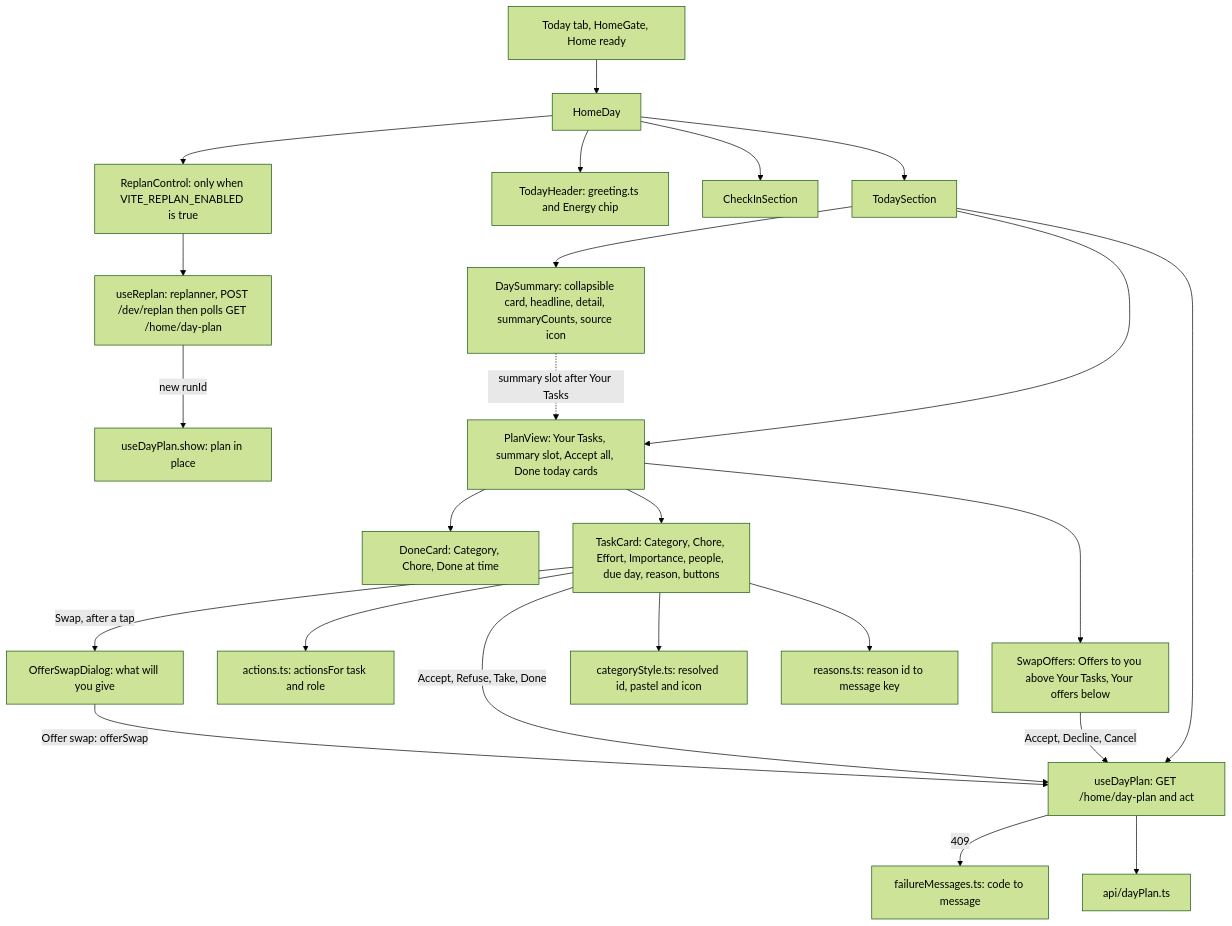
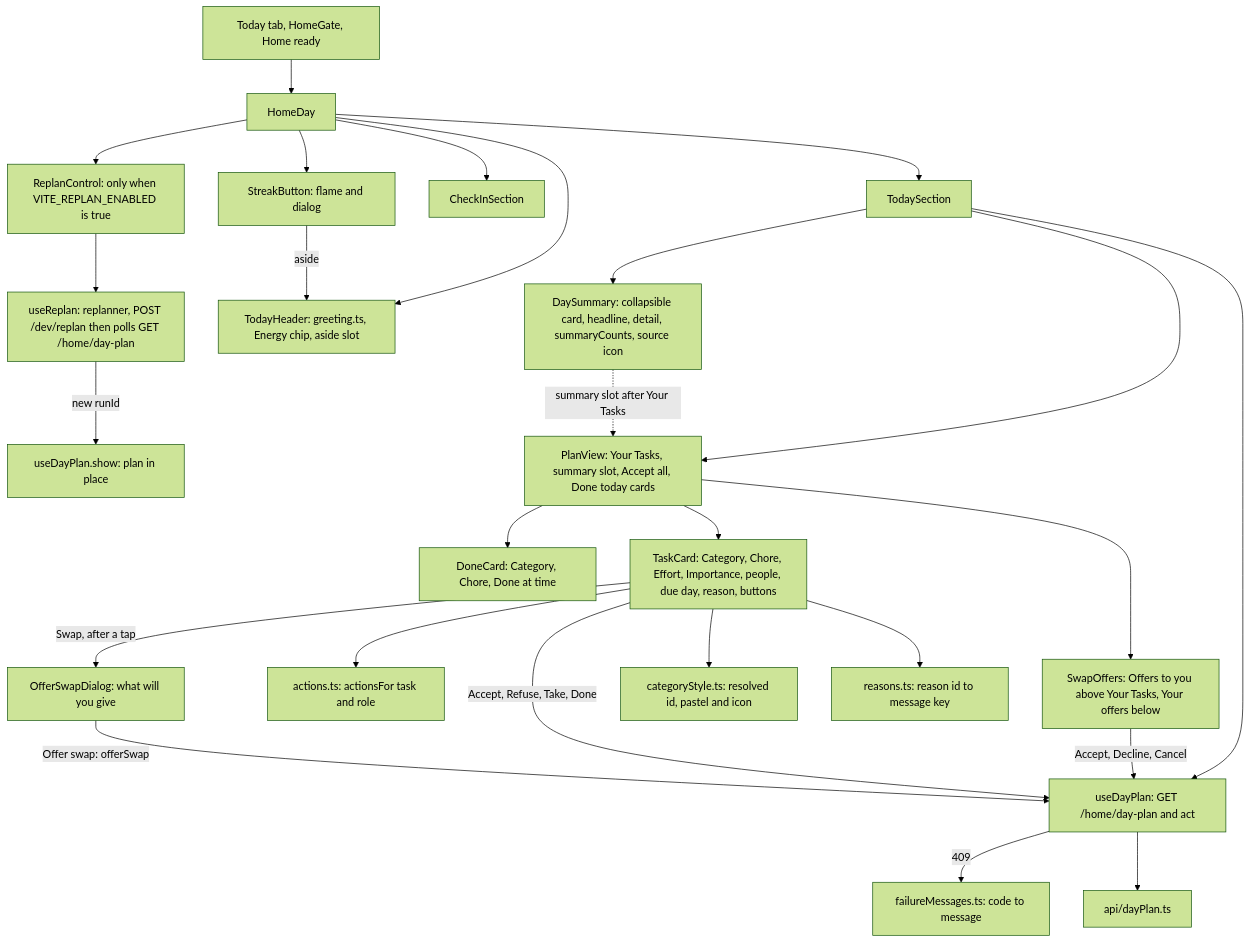
The ninth of 11 diagrams in docs/architecture/web.md (AbnerWillclefy/Homeowner), drawn with Mermaid (forest theme) before and after one commit. The commit also changed other lines of this file and 1 other file, not shown here.

Commit message:
docs(streak): describe the header flame, its dialog and the aside slot

````diff
--- a/docs/architecture/web.md
+++ b/docs/architecture/web.md
@@ -457,26 +457,28 @@
 ```mermaid
 flowchart TD
     HS[Today tab, HomeGate, Home ready] --> HD[HomeDay]
     HD --> RC[ReplanControl: only when VITE_REPLAN_ENABLED is true]
     RC --> UR[useReplan: replanner, POST /dev/replan then polls GET /home/day-plan]
     UR -->|new runId| SHOW[useDayPlan.show: plan in place]
-    HD --> TH[TodayHeader: greeting.ts and Energy chip]
+    HD --> TH[TodayHeader: greeting.ts, Energy chip, aside slot]
+    HD --> SB[StreakButton: flame and dialog]
+    SB -->|aside| TH
     HD --> CI[CheckInSection]
     HD --> TS[TodaySection]
     TS --> DS[DaySummary: collapsible card, headline, detail, summaryCounts, source icon]
     TS --> UD[useDayPlan: GET /home/day-plan and act]
     TS --> PV[PlanView: Your Tasks, summary slot, Accept all, Done today cards]
     DS -.->|summary slot after Your Tasks| PV
     PV --> SO[SwapOffers: Offers to you above Your Tasks, Your offers below]
     SO -->|Accept, Decline, Cancel| UD
     PV --> DC[DoneCard: Category, Chore, Done at time]
     PV --> TC[TaskCard: Category, Chore, Effort, Importance, people, due day, reason, buttons]
     TC --> AC[actions.ts: actionsFor task and role]
     TC -->|Accept, Refuse, Take, Done| UD
     TC -->|Swap, after a tap| OD[OfferSwapDialog: what will you give]
     OD -->|Offer swap: offerSwap| UD
     UD -->|409| FM[failureMessages.ts: code to message]
     TC --> CS[categoryStyle.ts: resolved id, pastel and icon]
     TC --> R[reasons.ts: reason id to message key]
     UD --> API[api/dayPlan.ts]
 ```
````
